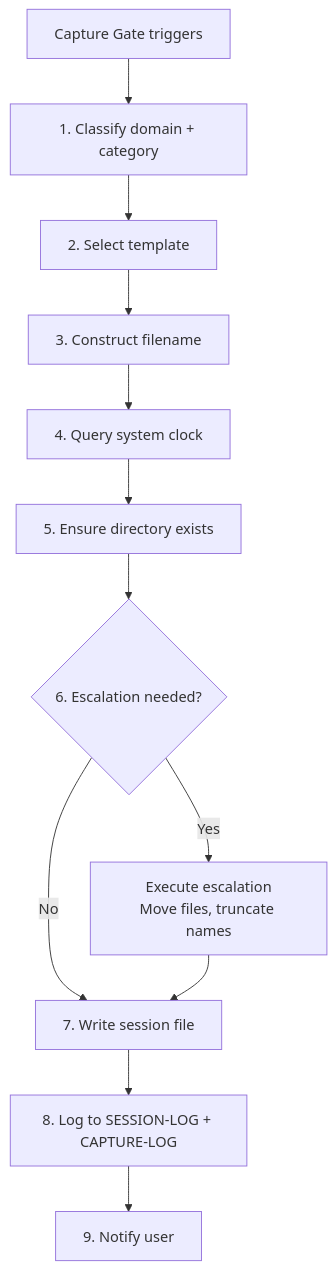
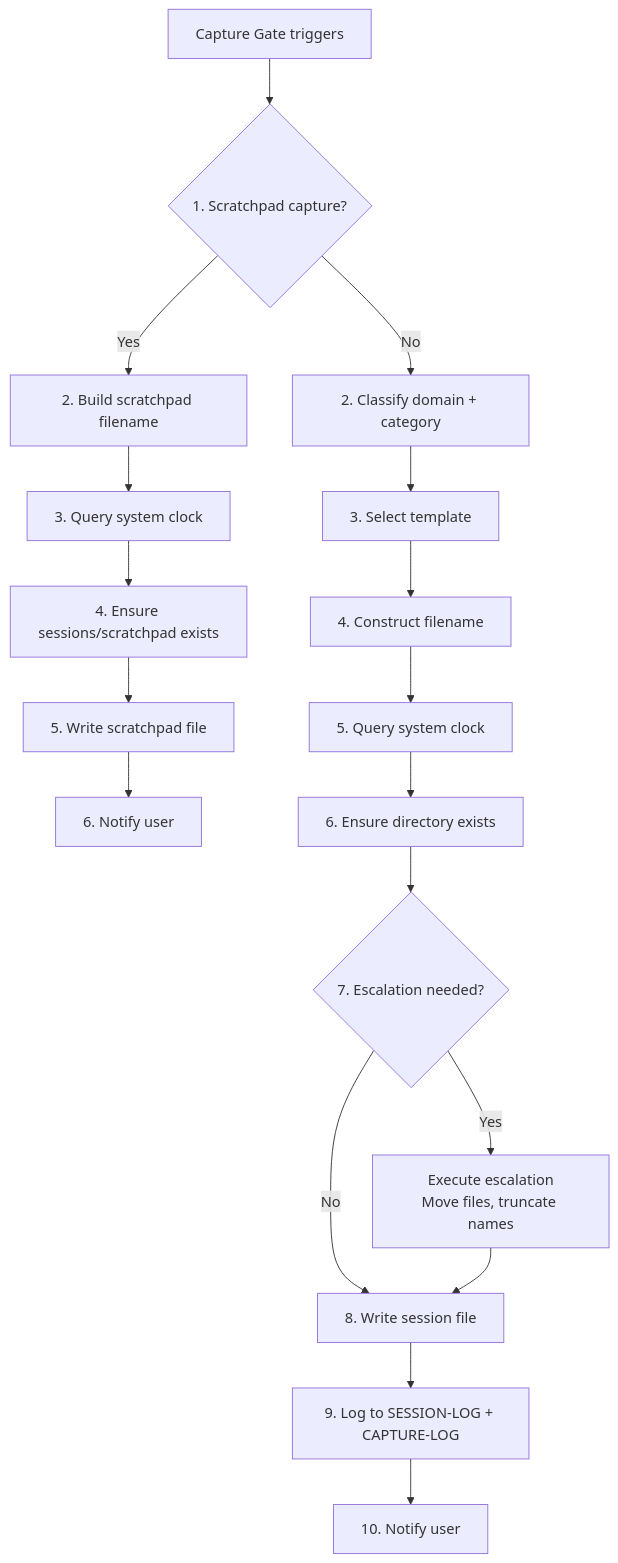
Before and after one commit to saharshpoddarorg/learning-assistant: the sixth of 6 diagrams in .github/instructions/chat-capture.instructions.md, drawn with Mermaid. The commit also changed other lines of this file and 9 other files, not shown here.

First line of the commit message:
docs(sessions): add scratchpad capture support

````diff
--- a/.github/instructions/chat-capture.instructions.md
+++ b/.github/instructions/chat-capture.instructions.md
@@ -1708,14 +1740,20 @@
 ```mermaid
 flowchart TD
-    A[Capture Gate triggers] --> B[1. Classify domain + category]
-    B --> C[2. Select template]
-    C --> D[3. Construct filename]
-    D --> E[4. Query system clock]
-    E --> F[5. Ensure directory exists]
-    F --> G{6. Escalation needed?}
-    G -->|Yes| H[Execute escalation<br/>Move files, truncate names]
-    G -->|No| I[7. Write session file]
-    H --> I
-    I --> J[8. Log to SESSION-LOG + CAPTURE-LOG]
-    J --> K[9. Notify user]
+  A[Capture Gate triggers] --> B{1. Scratchpad capture?}
+  B -->|Yes| C[2. Build scratchpad filename]
+  C --> D[3. Query system clock]
+  D --> E[4. Ensure sessions/scratchpad exists]
+  E --> F[5. Write scratchpad file]
+  F --> G[6. Notify user]
+  B -->|No| H[2. Classify domain + category]
+  H --> I[3. Select template]
+  I --> J[4. Construct filename]
+  J --> K[5. Query system clock]
+  K --> L[6. Ensure directory exists]
+  L --> M{7. Escalation needed?}
+  M -->|Yes| N[Execute escalation<br/>Move files, truncate names]
+  M -->|No| O[8. Write session file]
+  N --> O
+  O --> P[9. Log to SESSION-LOG + CAPTURE-LOG]
+  P --> Q[10. Notify user]
 ```
````
